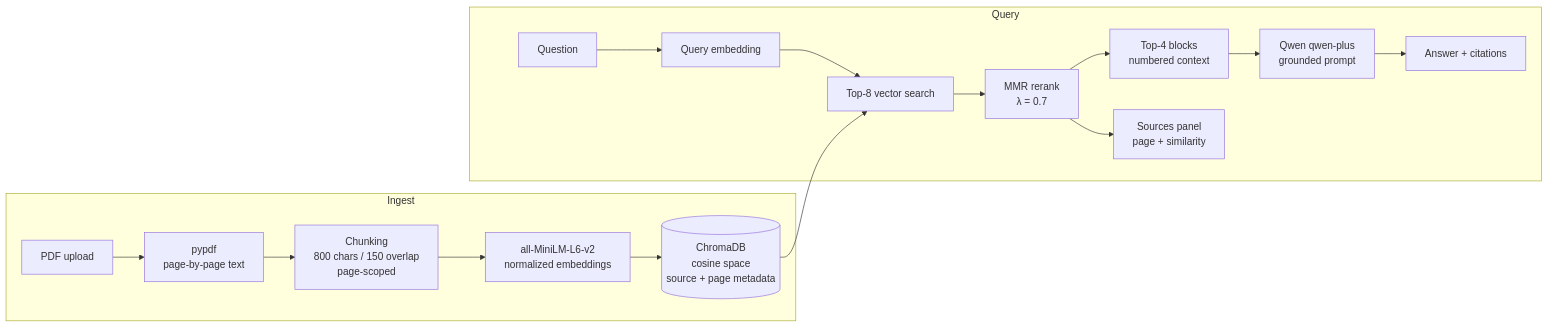
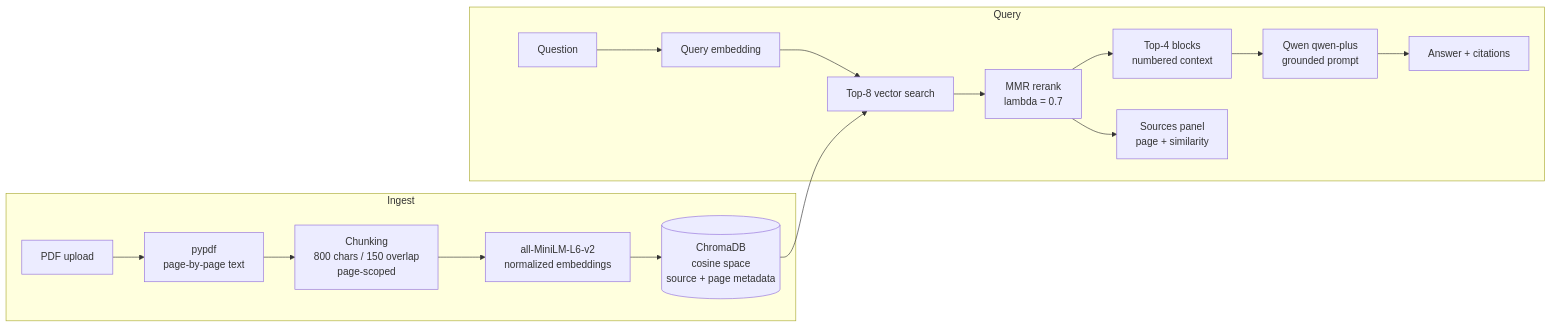
The diagram in README.md (xd6ka/rag-document-assistant), drawn with Mermaid before and after one commit. The commit also changed other lines of this file and 17 other files, not shown here.

````diff
--- a/README.md
+++ b/README.md
@@ -32,20 +32,20 @@
 ```mermaid
 flowchart LR
     subgraph Ingest
         A[PDF upload] --> B[pypdf<br/>page-by-page text]
         B --> C[Chunking<br/>800 chars / 150 overlap<br/>page-scoped]
         C --> D[all-MiniLM-L6-v2<br/>normalized embeddings]
         D --> E[(ChromaDB<br/>cosine space<br/>source + page metadata)]
     end
 
     subgraph Query
         Q[Question] --> QE[Query embedding]
         QE --> R[Top-8 vector search]
         E --> R
-        R --> M[MMR rerank<br/>λ = 0.7]
+        R --> M[MMR rerank<br/>lambda = 0.7]
         M --> P[Top-4 blocks<br/>numbered context]
         P --> L[Qwen qwen-plus<br/>grounded prompt]
         L --> ANS[Answer + citations]
         M --> SRC[Sources panel<br/>page + similarity]
     end
 ```
````
